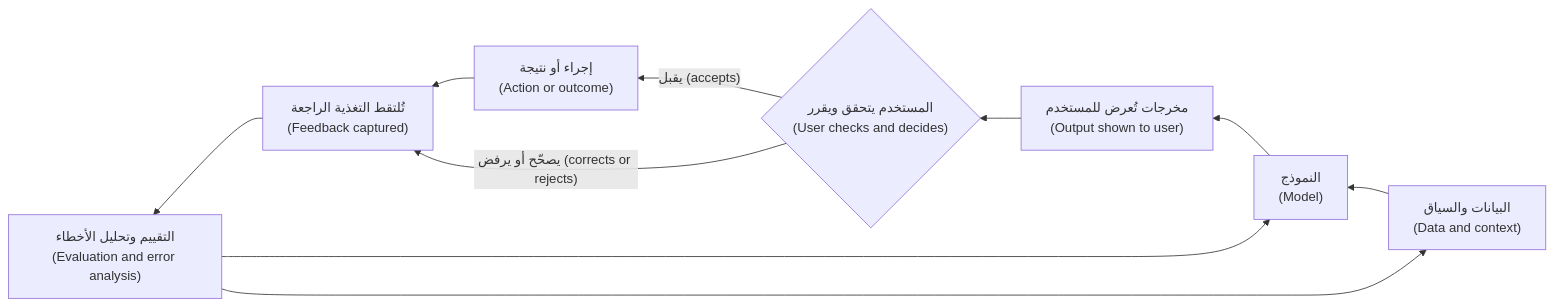
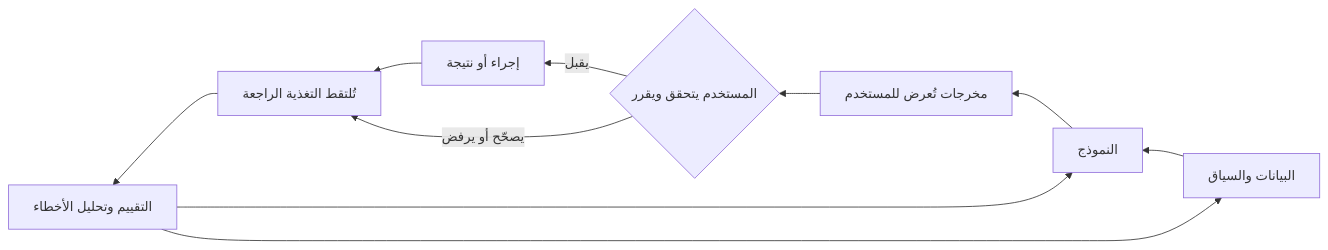
The second of 3 diagrams in aipm/modules/00-orientation.ar.md (Tamoura/system-design-for-vibe-coders), drawn with Mermaid before and after one commit. The commit also changed other lines of this file and 551 other files, not shown here.

````diff
--- a/aipm/modules/00-orientation.ar.md
+++ b/aipm/modules/00-orientation.ar.md
@@ -320,12 +330,12 @@
 ```mermaid
 flowchart RL
-    A["البيانات والسياق<br/>(Data and context)"] --> B["النموذج<br/>(Model)"]
-    B --> C["مخرجات تُعرض للمستخدم<br/>(Output shown to user)"]
-    C --> D{"المستخدم يتحقق ويقرر<br/>(User checks and decides)"}
-    D -- "يقبل (accepts)" --> E["إجراء أو نتيجة<br/>(Action or outcome)"]
-    D -- "يصحّح أو يرفض (corrects or rejects)" --> F["تُلتقط التغذية الراجعة<br/>(Feedback captured)"]
+    A["البيانات والسياق"] --> B["النموذج"]
+    B --> C["مخرجات تُعرض للمستخدم"]
+    C --> D{"المستخدم يتحقق ويقرر"}
+    D -- "يقبل" --> E["إجراء أو نتيجة"]
+    D -- "يصحّح أو يرفض" --> F["تُلتقط التغذية الراجعة"]
     E --> F
-    F --> G["التقييم وتحليل الأخطاء<br/>(Evaluation and error analysis)"]
+    F --> G["التقييم وتحليل الأخطاء"]
     G --> A
     G --> B
 ```
````
